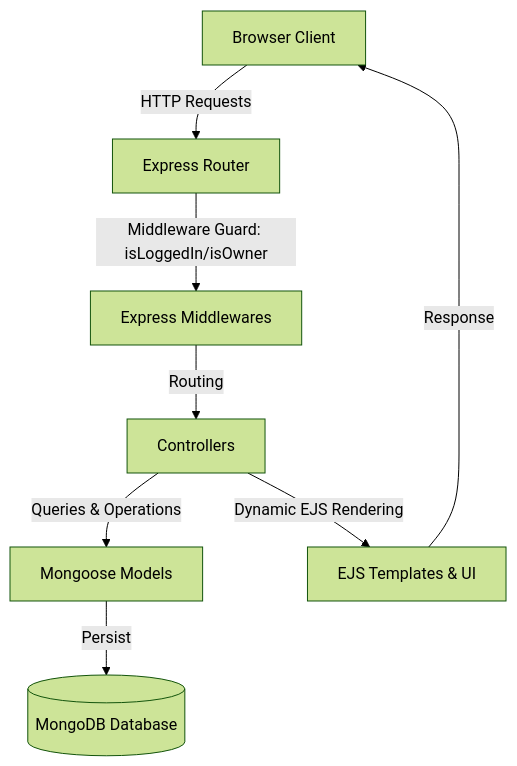
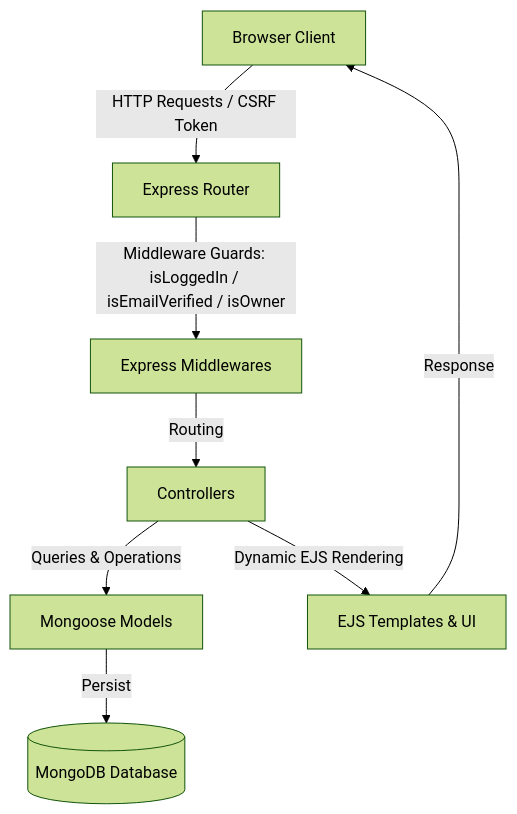
One commit to charmyparmar/wanderlust changed the diagram in README.md. Above: the diagram before and after it, drawn with Mermaid (forest theme). The commit also changed other lines of this file, not shown here.

````diff
--- a/README.md
+++ b/README.md
@@ -37,10 +50,10 @@
 ```mermaid
 graph TD
-    Client[Browser Client] -->|HTTP Requests| Router[Express Router]
-    Router -->|Middleware Guard: isLoggedIn/isOwner| Middleware[Express Middlewares]
+    Client[Browser Client] -->|HTTP Requests / CSRF Token| Router[Express Router]
+    Router -->|Middleware Guards: isLoggedIn / isEmailVerified / isOwner| Middleware[Express Middlewares]
     Middleware -->|Routing| Controller[Controllers]
     Controller -->|Queries & Operations| Model[Mongoose Models]
     Model -->|Persist| MongoDB[(MongoDB Database)]
     Controller -->|Dynamic EJS Rendering| Views[EJS Templates & UI]
     Views -->|Response| Client
 ```
````
